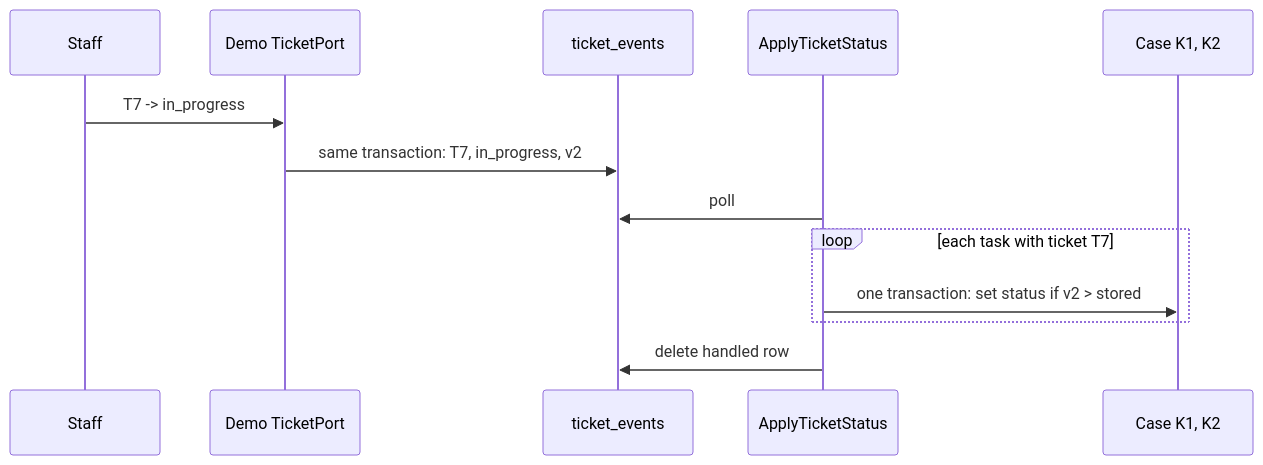
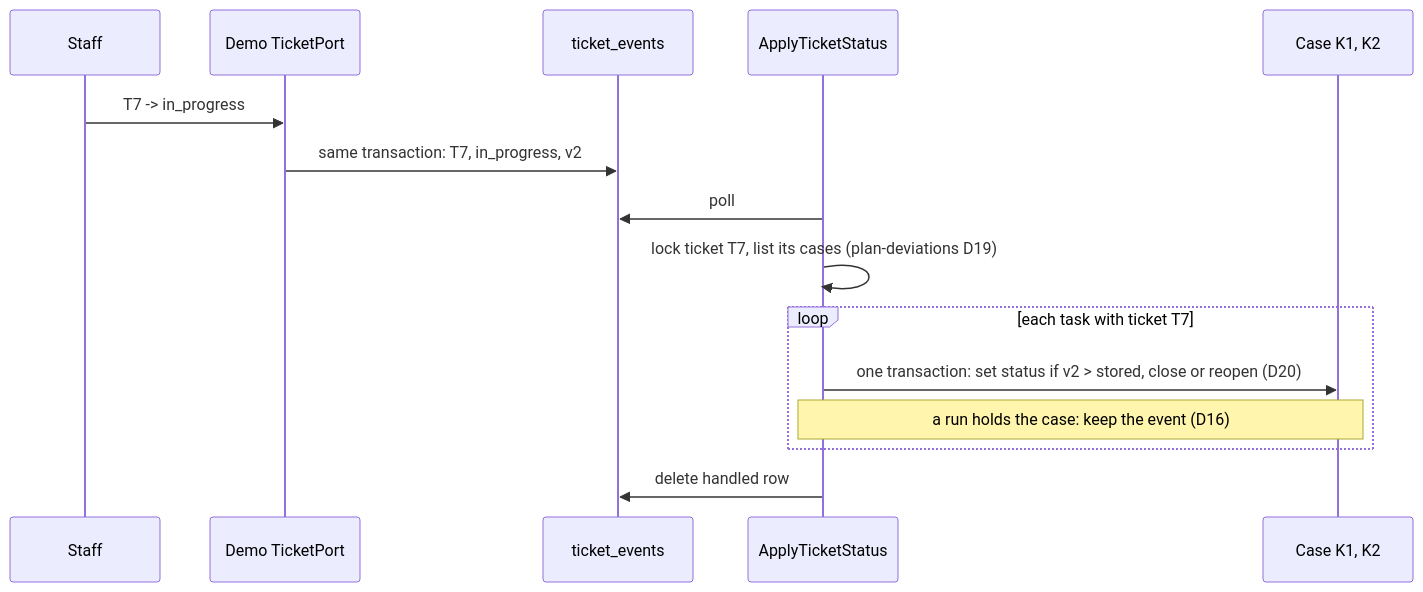
The fifth of 6 diagrams in docs/architecture.md (nish1013/camp-guest-ai-agent), drawn with Mermaid before and after one commit. The commit also changed other lines of this file and 87 other files, not shown here.

Commit message:
Staff view: login, queue, resolve, restore, ticket and booking status, case close and reopen (#11)

````diff
--- a/docs/architecture.md
+++ b/docs/architecture.md
@@ -124,15 +124,17 @@
 ```mermaid
 sequenceDiagram
   participant Staff
   participant Demo as Demo TicketPort
   participant Outbox as ticket_events
   participant H as ApplyTicketStatus
   participant Case as Case K1, K2
   Staff->>Demo: T7 -> in_progress
   Demo->>Outbox: same transaction: T7, in_progress, v2
   H->>Outbox: poll
+  H->>H: lock ticket T7, list its cases (plan-deviations D19)
   loop each task with ticket T7
-    H->>Case: one transaction: set status if v2 > stored
+    H->>Case: one transaction: set status if v2 > stored, close or reopen (D20)
+    Note over H,Case: a run holds the case: keep the event (D16)
   end
   H->>Outbox: delete handled row
 ```
````
